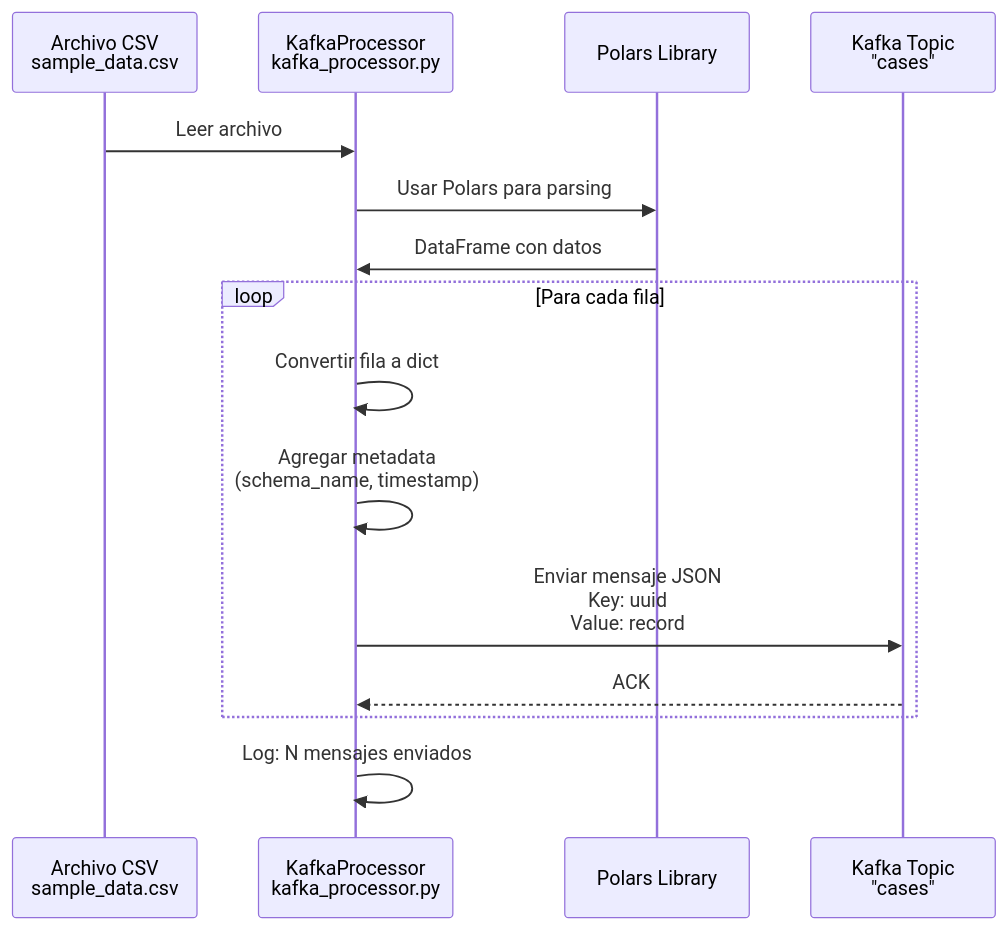
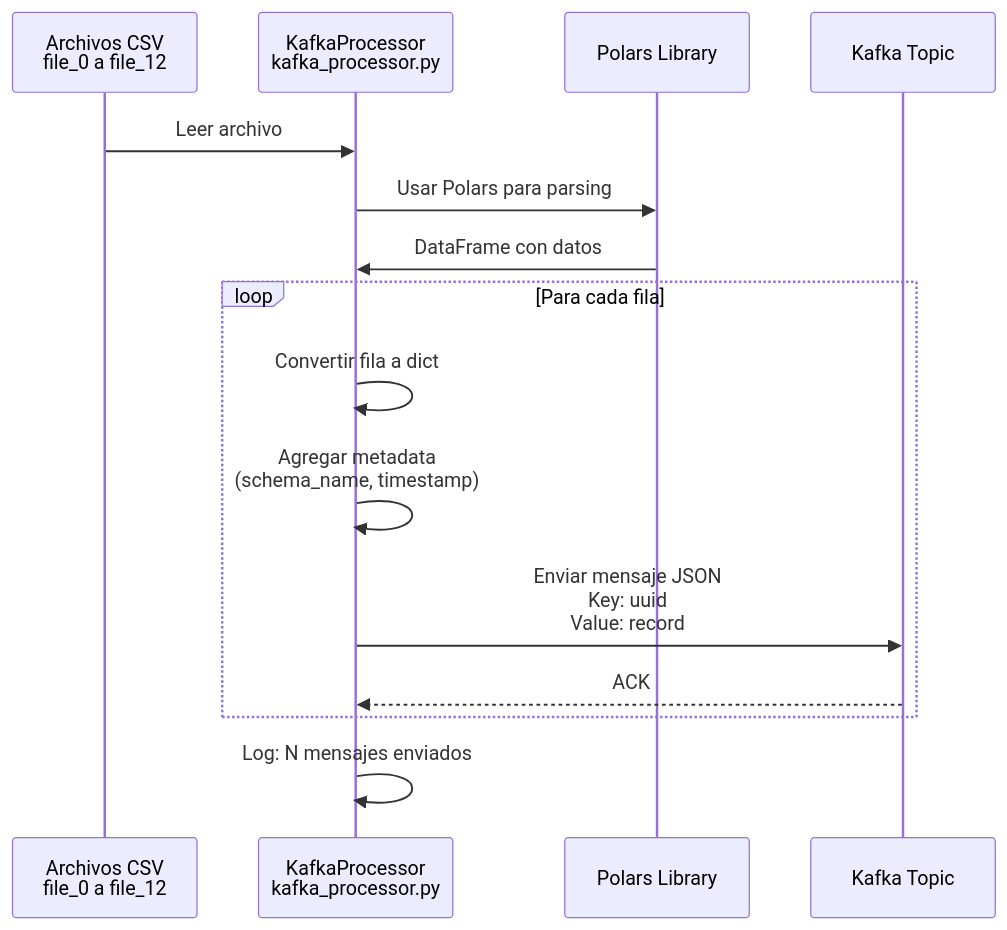
Before and after one commit to arthur8davis/tfm-dataflow-architecture: the fourth of 9 diagrams in README.md, drawn with Mermaid. The commit also changed other lines of this file and 9 other files, not shown here.

````diff
--- a/README.md
+++ b/README.md
@@ -188,20 +220,20 @@
 ```mermaid
 sequenceDiagram
-    participant CSV as Archivo CSV<br/>sample_data.csv
+    participant CSV as Archivos CSV<br/>file_0 a file_12
     participant KP as KafkaProcessor<br/>kafka_processor.py
     participant Polars as Polars Library
-    participant Kafka as Kafka Topic<br/>"cases"
+    participant Kafka as Kafka Topic
 
     CSV->>KP: Leer archivo
     KP->>Polars: Usar Polars para parsing
     Polars->>KP: DataFrame con datos
 
     loop Para cada fila
         KP->>KP: Convertir fila a dict
         KP->>KP: Agregar metadata<br/>(schema_name, timestamp)
         KP->>Kafka: Enviar mensaje JSON<br/>Key: uuid<br/>Value: record
         Kafka-->>KP: ACK
     end
 
     KP->>KP: Log: N mensajes enviados
 ```
````
